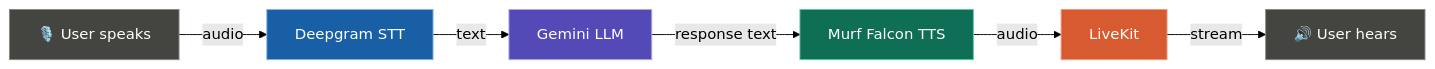
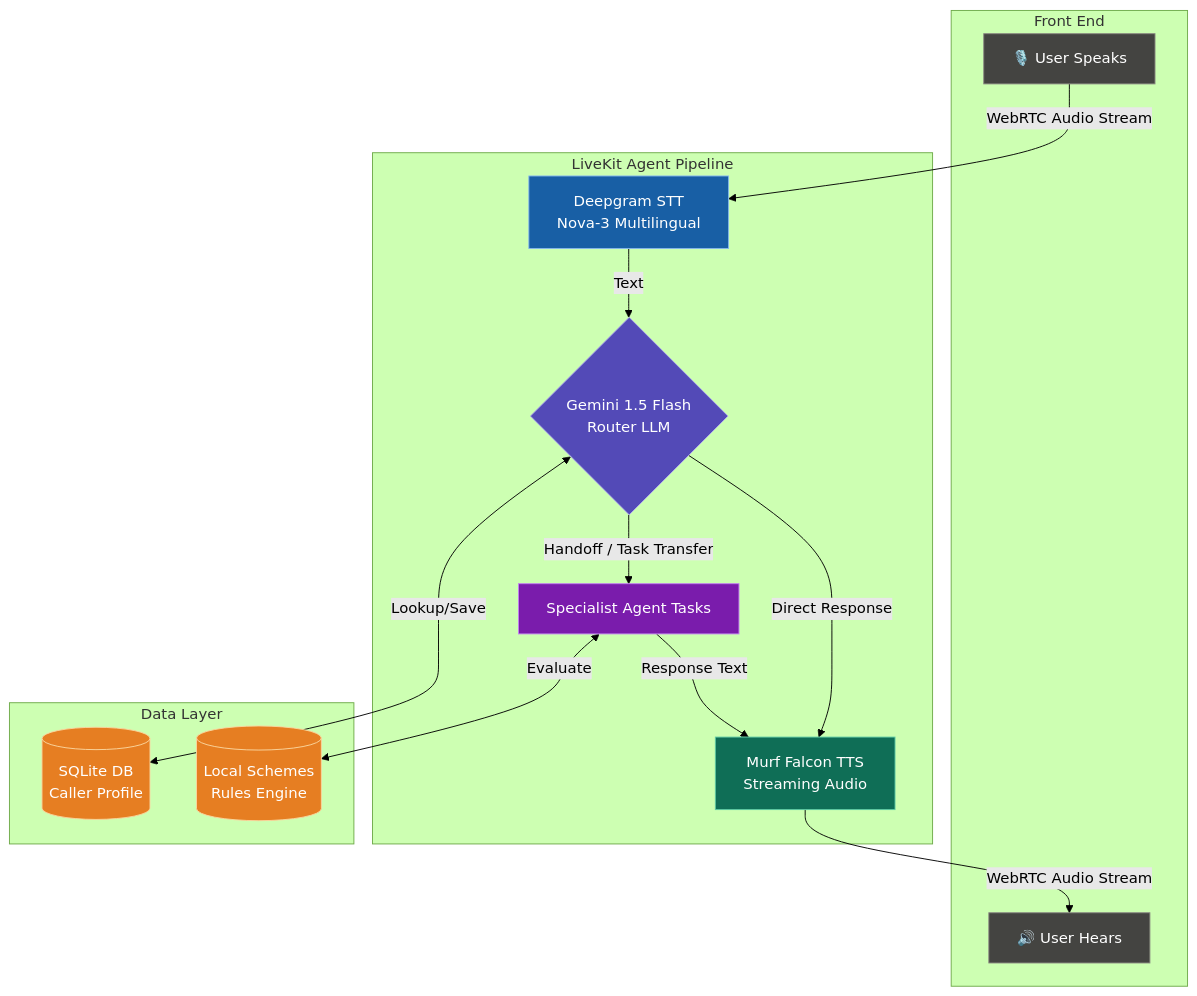
Before and after one commit to murf-ai/murf-livekit-starter: the diagram in README.md, drawn with Mermaid (forest theme). The commit also changed other lines of this file, not shown here.

````diff
--- a/README.md
+++ b/README.md
@@ -18,15 +29,31 @@
 ```mermaid
-flowchart LR
-    A[🎙️ User speaks] -->|audio| B[Deepgram STT]
-    B -->|text| C[Gemini LLM]
-    C -->|response text| D[Murf Falcon TTS]
-    D -->|audio| E[LiveKit]
-    E -->|stream| F[🔊 User hears]
+flowchart TD
+    subgraph Client [Front End]
+        A[🎙️ User Speaks]
+        G[🔊 User Hears]
+    end
+
+    subgraph Pipeline [LiveKit Agent Pipeline]
+        B[Deepgram STT <br/> Nova-3 Multilingual] -->|Text| C{Gemini 1.5 Flash <br/> Router LLM}
+        C -->|Handoff / Task Transfer| D[Specialist Agent Tasks]
+        D -->|Response Text| E[Murf Falcon TTS <br/> Streaming Audio]
+        C -->|Direct Response| E
+    end
+
+    subgraph Data [Data Layer]
+        C <-->|Lookup/Save| F[(SQLite DB <br/> Caller Profile)]
+        D <-->|Evaluate| H[(Local Schemes <br/> Rules Engine)]
+    end
+
+    A -->|WebRTC Audio Stream| B
+    E -->|WebRTC Audio Stream| G
 
     style A fill:#444441,stroke:#888780,color:#fff
     style B fill:#185FA5,stroke:#85B7EB,color:#fff
     style C fill:#534AB7,stroke:#AFA9EC,color:#fff
-    style D fill:#0F6E56,stroke:#5DCAA5,color:#fff
-    style E fill:#D85A30,stroke:#F0997B,color:#fff
-    style F fill:#444441,stroke:#888780,color:#fff
+    style D fill:#7A1CAC,stroke:#C281F0,color:#fff
+    style E fill:#0F6E56,stroke:#5DCAA5,color:#fff
+    style F fill:#E67E22,stroke:#FAD7A0,color:#fff
+    style G fill:#444441,stroke:#888780,color:#fff
+    style H fill:#E67E22,stroke:#FAD7A0,color:#fff
 ```
````
